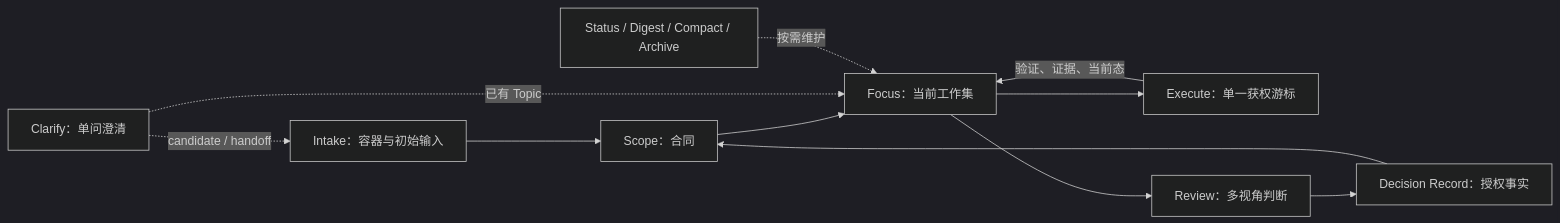
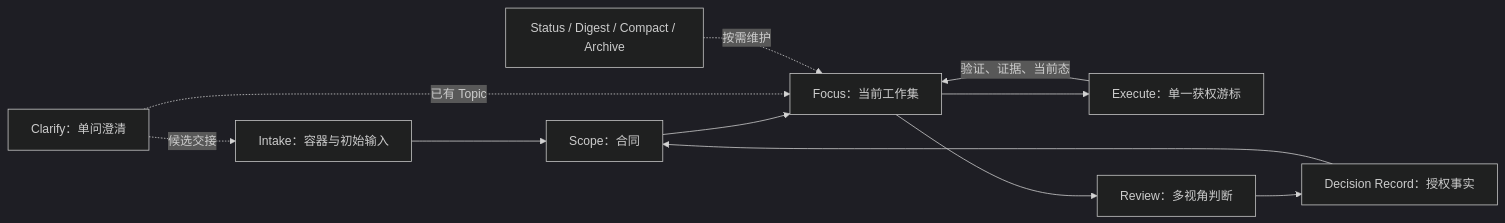
One commit to ArnoFrost/prism changed the diagram in docs/architecture.md. Above: the diagram before and after it, drawn with Mermaid (dark theme). The commit also changed other lines of this file and 54 other files, not shown here.

````diff
--- a/docs/architecture.md
+++ b/docs/architecture.md
@@ -103,13 +103,13 @@
 ```mermaid
 flowchart LR
   I["Intake：容器与初始输入"] --> S["Scope：合同"]
   S --> F["Focus：当前工作集"]
-  C["Clarify：单问澄清"] -. "candidate / handoff" .-> I
+  C["Clarify：单问澄清"] -. "候选交接" .-> I
   C -. "已有 Topic" .-> F
   F --> E["Execute：单一获权游标"]
   E -->|"验证、证据、当前态"| F
   F --> R["Review：多视角判断"]
   R --> D["Decision Record：授权事实"]
   D --> S
   M["Status / Digest / Compact / Archive"] -. "按需维护" .-> F
 ```
````
